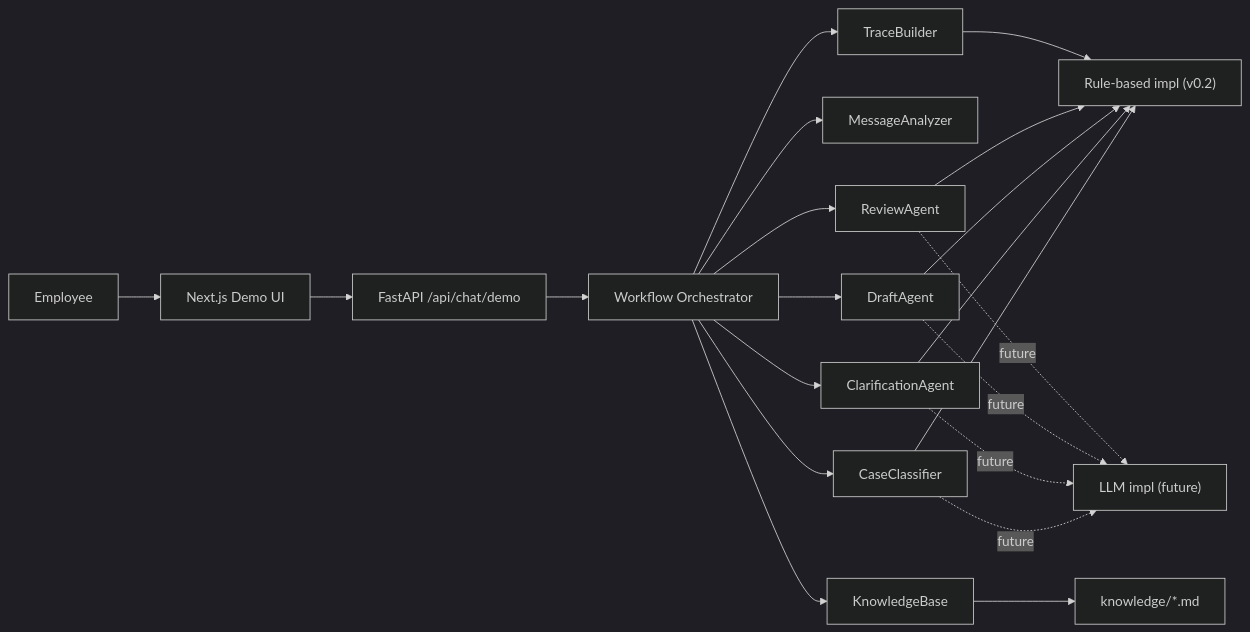
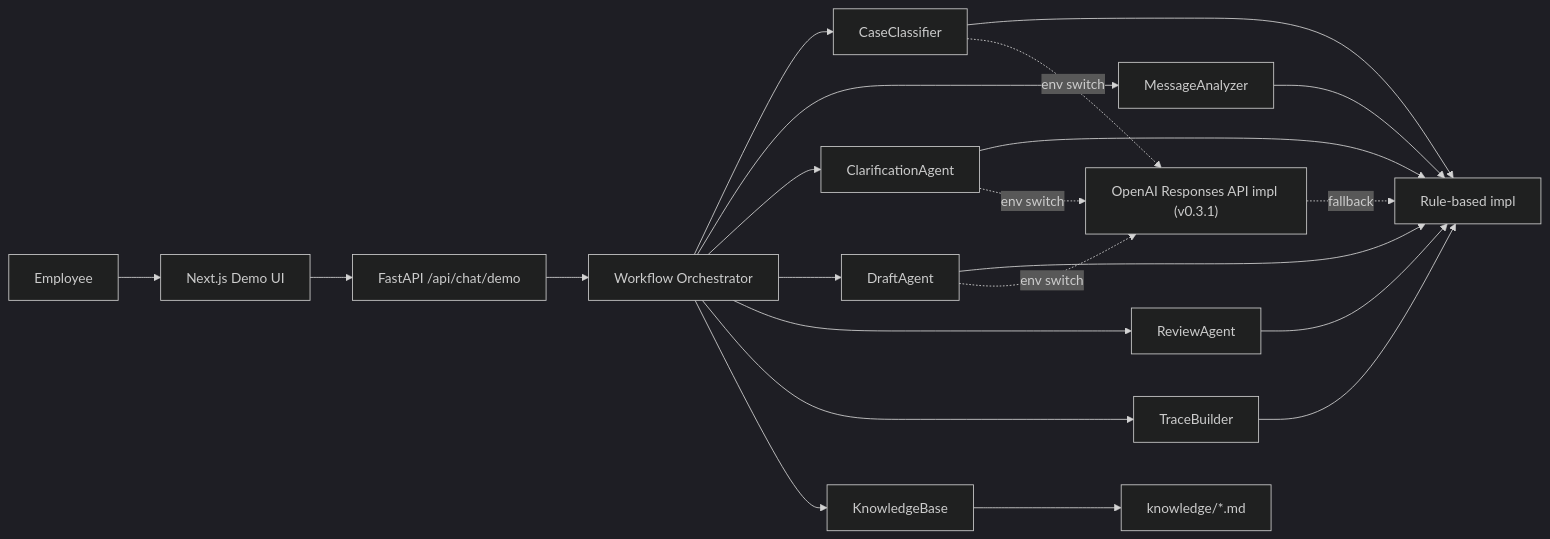
One commit to noki8188/shinsei-agent-navigator changed the diagram in README.md. Above: the diagram before and after it, drawn with Mermaid (dark theme). The commit also changed other lines of this file and 21 other files, not shown here.

````diff
--- a/README.md
+++ b/README.md
@@ -57,23 +57,24 @@
 ```mermaid
 flowchart LR
     U["Employee"] --> F["Next.js Demo UI"]
     F --> API["FastAPI /api/chat/demo"]
     API --> ORCH["Workflow Orchestrator"]
     ORCH --> CC["CaseClassifier"]
     ORCH --> MA["MessageAnalyzer"]
     ORCH --> CA["ClarificationAgent"]
     ORCH --> DA["DraftAgent"]
     ORCH --> RA["ReviewAgent"]
     ORCH --> TB["TraceBuilder"]
-    CC --> RB["Rule-based impl (v0.2)"]
+    CC --> RB["Rule-based impl"]
+    MA --> RB
     CA --> RB
     DA --> RB
     RA --> RB
     TB --> RB
+    CC -. env switch .-> LLM["OpenAI Responses API impl (v0.3.1)"]
+    CA -. env switch .-> LLM
+    DA -. env switch .-> LLM
+    LLM -. fallback .-> RB
     ORCH --> KB["KnowledgeBase"]
     KB --> K["knowledge/*.md"]
-    CC -. future .-> LLM["LLM impl (future)"]
-    CA -. future .-> LLM
-    DA -. future .-> LLM
-    RA -. future .-> LLM
 ```
````
